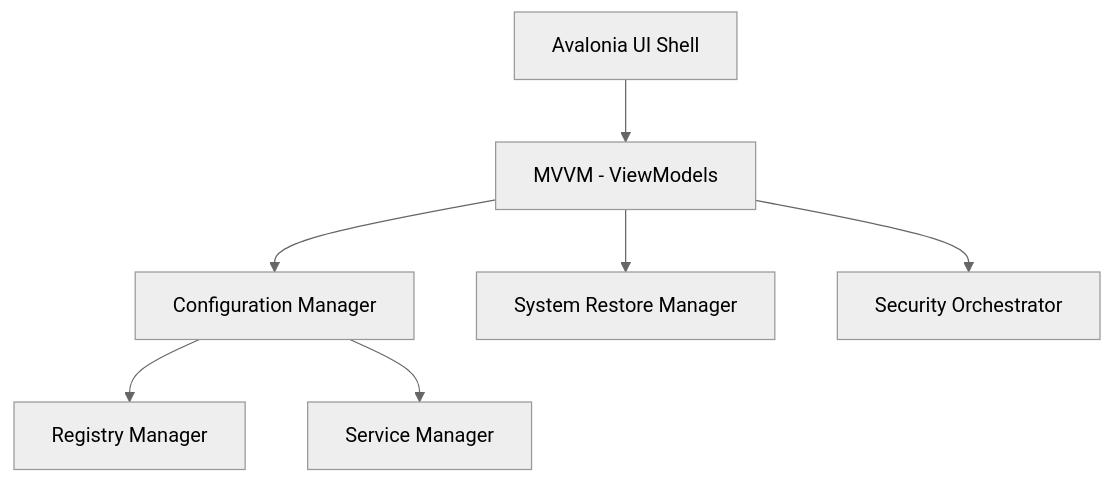
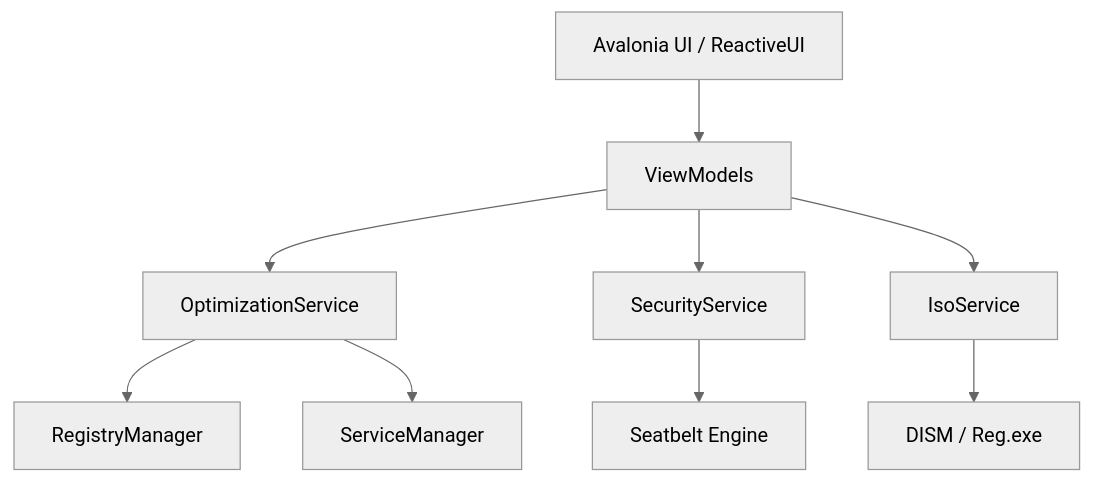
One commit to clevervi/PhantomOS changed the diagram in README.md. Above: the diagram before and after it, drawn with Mermaid (neutral theme). The commit also changed other lines of this file and 3 other files, not shown here.

````diff
--- a/README.md
+++ b/README.md
@@ -26,9 +36,11 @@
 ```mermaid
 graph TD
-    A[Avalonia UI Shell] --> B[MVVM - ViewModels]
-    B --> C[Configuration Manager]
-    C --> D[Registry Manager]
-    C --> E[Service Manager]
-    B --> F[System Restore Manager]
-    B --> G[Security Orchestrator]
+    UI[Avalonia UI / ReactiveUI] --> VM[ViewModels]
+    VM --> OS[OptimizationService]
+    VM --> SS[SecurityService]
+    VM --> IS[IsoService]
+    OS --> RM[RegistryManager]
+    OS --> SM[ServiceManager]
+    SS --> SB[Seatbelt Engine]
+    IS --> DISM[DISM / Reg.exe]
 ```
````
